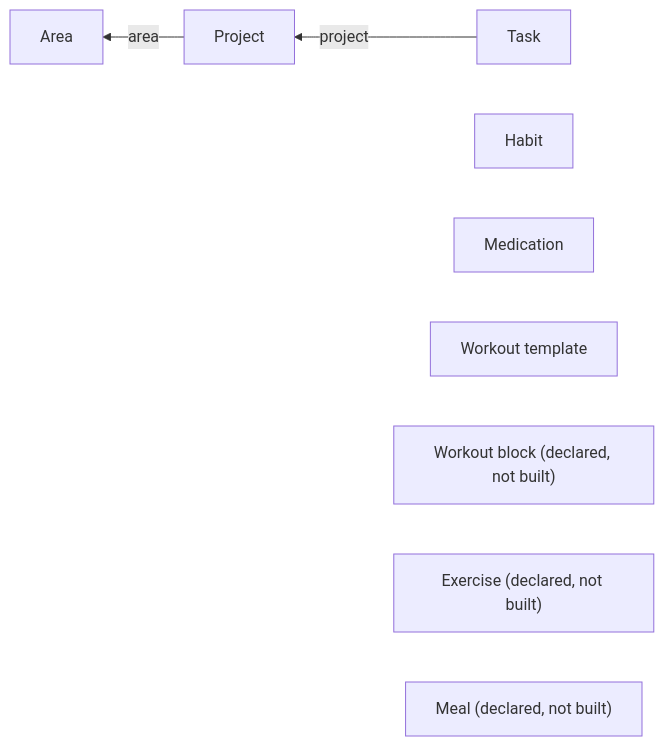
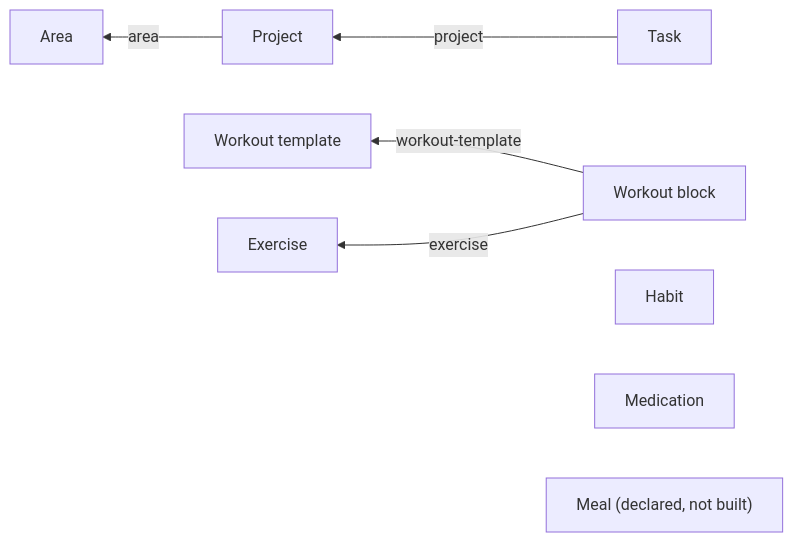
One commit to rahulka915/rka-os changed the diagram in apps/mobile/SCHEMA.md. Above: the diagram before and after it, drawn with Mermaid. The commit also changed other lines of this file and 1 other file, not shown here.

Commit message:
docs(mobile): document exercise library and workout block schema/components

````diff
--- a/apps/mobile/SCHEMA.md
+++ b/apps/mobile/SCHEMA.md
@@ -11,11 +11,10 @@
 ```mermaid
 flowchart RL
     Task -- project --> Project
     Project -- area --> Area
+    WorkoutBlock["Workout block"] -- workout-template --> WorkoutTemplate["Workout template"]
+    WorkoutBlock -- exercise --> Exercise["Exercise"]
     Habit
     Medication
-    WorkoutTemplate["Workout template"]
-    WorkoutBlock["Workout block (declared, not built)"]
-    Exercise["Exercise (declared, not built)"]
     Meal["Meal (declared, not built)"]
 ```
````
